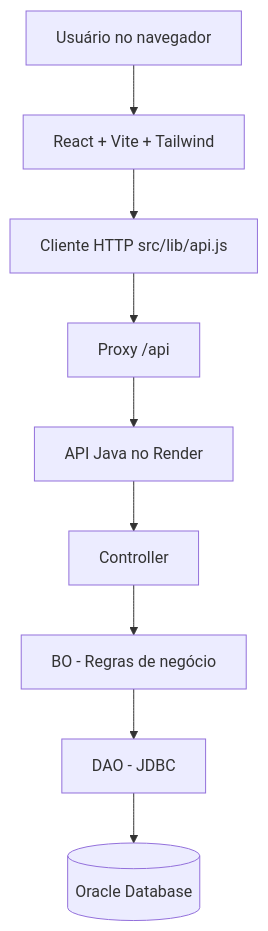
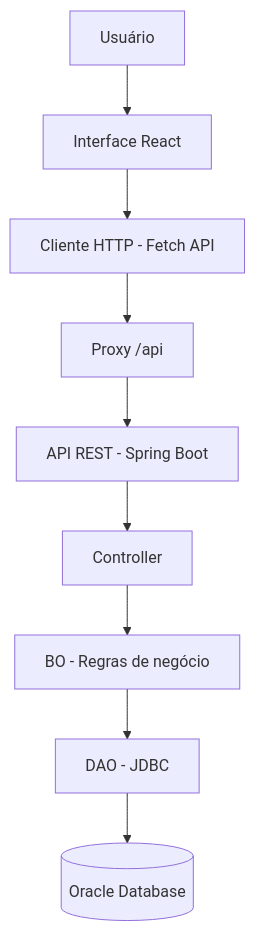
One commit to pedrofaleirosss/acessoja-web changed the diagram in README.md. Above: the diagram before and after it, drawn with Mermaid. The commit also changed other lines of this file, not shown here.

````diff
--- a/README.md
+++ b/README.md
@@ -237,11 +134,11 @@
 ```mermaid
 flowchart TD
-    A[Usuário no navegador] --> B[React + Vite + Tailwind]
-    B --> C[Cliente HTTP src/lib/api.js]
+    A[Usuário] --> B[Interface React]
+    B --> C[Cliente HTTP - Fetch API]
     C --> D[Proxy /api]
-    D --> E[API Java no Render]
+    D --> E[API REST - Spring Boot]
     E --> F[Controller]
     F --> G[BO - Regras de negócio]
     G --> H[DAO - JDBC]
     H --> I[(Oracle Database)]
 ```
````
